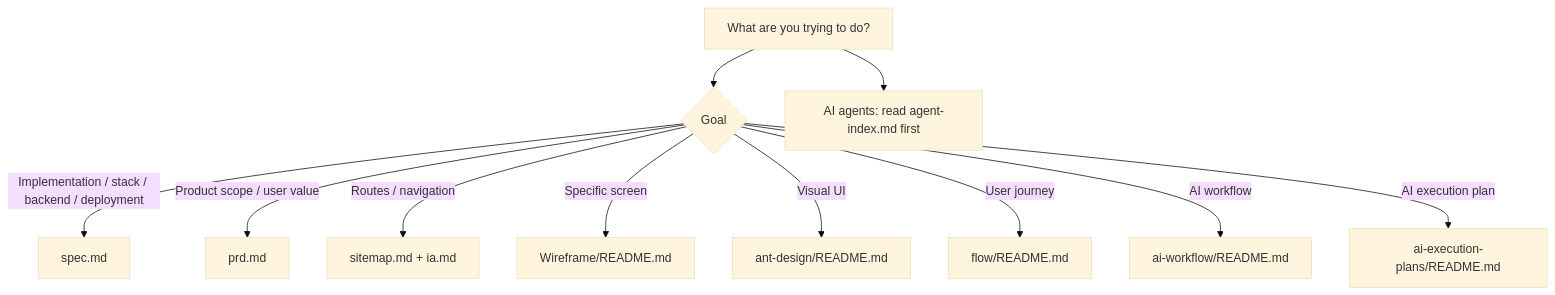
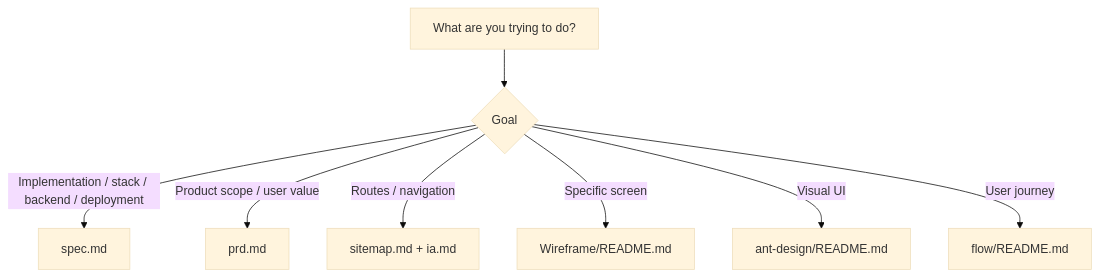
The diagram in docs/README.md (blackstarzck/topik-project-v13), drawn with Mermaid (base theme) before and after one commit. The commit also changed other lines of this file and 790 other files, not shown here.

````diff
--- a/docs/README.md
+++ b/docs/README.md
@@ -9,13 +9,10 @@
 ```mermaid
 flowchart TD
     A["What are you trying to do?"] --> B{"Goal"}
-    A --> X["AI agents: read agent-index.md first"]
     B -->|"Implementation / stack / backend / deployment"| C["spec.md"]
     B -->|"Product scope / user value"| D["prd.md"]
     B -->|"Routes / navigation"| E["sitemap.md + ia.md"]
     B -->|"Specific screen"| F["Wireframe/README.md"]
     B -->|"Visual UI"| G["ant-design/README.md"]
     B -->|"User journey"| H["flow/README.md"]
-    B -->|"AI workflow"| I["ai-workflow/README.md"]
-    B -->|"AI execution plan"| J["ai-execution-plans/README.md"]
 ```
````
